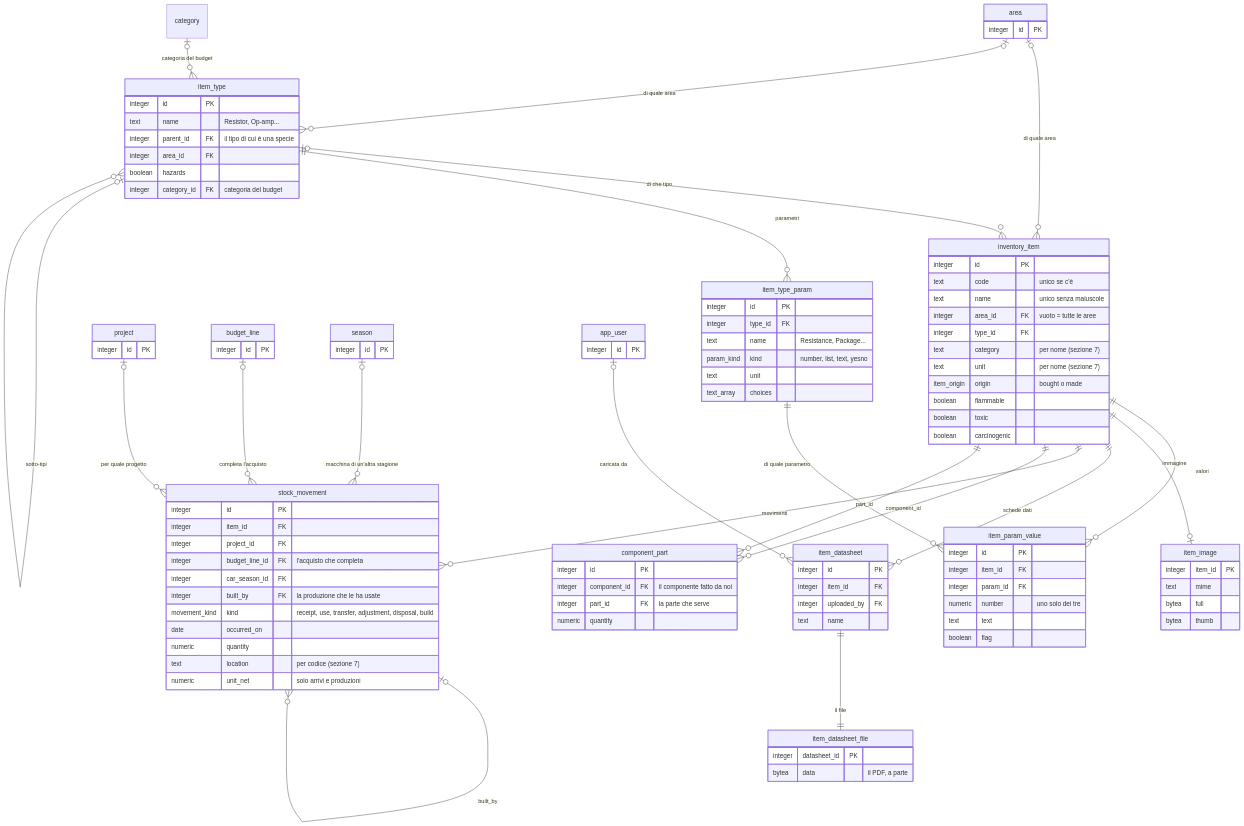
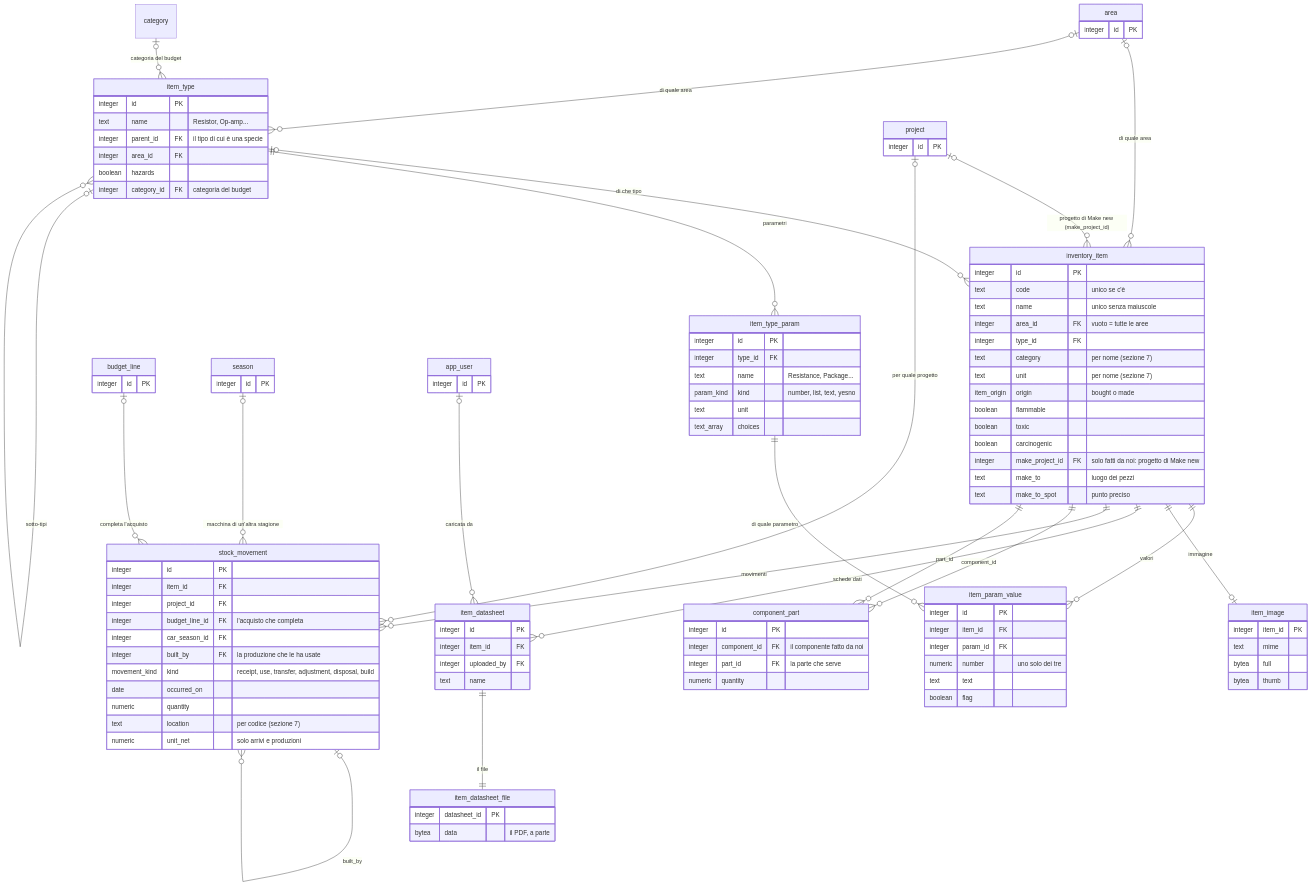
The fifth of 6 diagrams in docs/schema-database.md (KevinRomanello/Simple-configurable-ERP), drawn with Mermaid before and after one commit. The commit also changed 37 other files, not shown here.

```diff
--- a/docs/schema-database.md
+++ b/docs/schema-database.md
@@ -266,6 +266,9 @@
     boolean flammable
     boolean toxic
     boolean carcinogenic
+    integer make_project_id FK "solo fatti da noi: progetto di Make new"
+    text make_to "luogo dei pezzi"
+    text make_to_spot "punto preciso"
   }
   item_type {
     integer id PK
@@ -355,6 +358,7 @@
   item_datasheet ||--|| item_datasheet_file : "il file"
   app_user |o--o{ item_datasheet : "caricata da"
   inventory_item ||--o{ stock_movement : "movimenti"
+  project |o--o{ inventory_item : "progetto di Make new (make_project_id)"
   project |o--o{ stock_movement : "per quale progetto"
   budget_line |o--o{ stock_movement : "completa l'acquisto"
   season |o--o{ stock_movement : "macchina di un'altra stagione"
```
